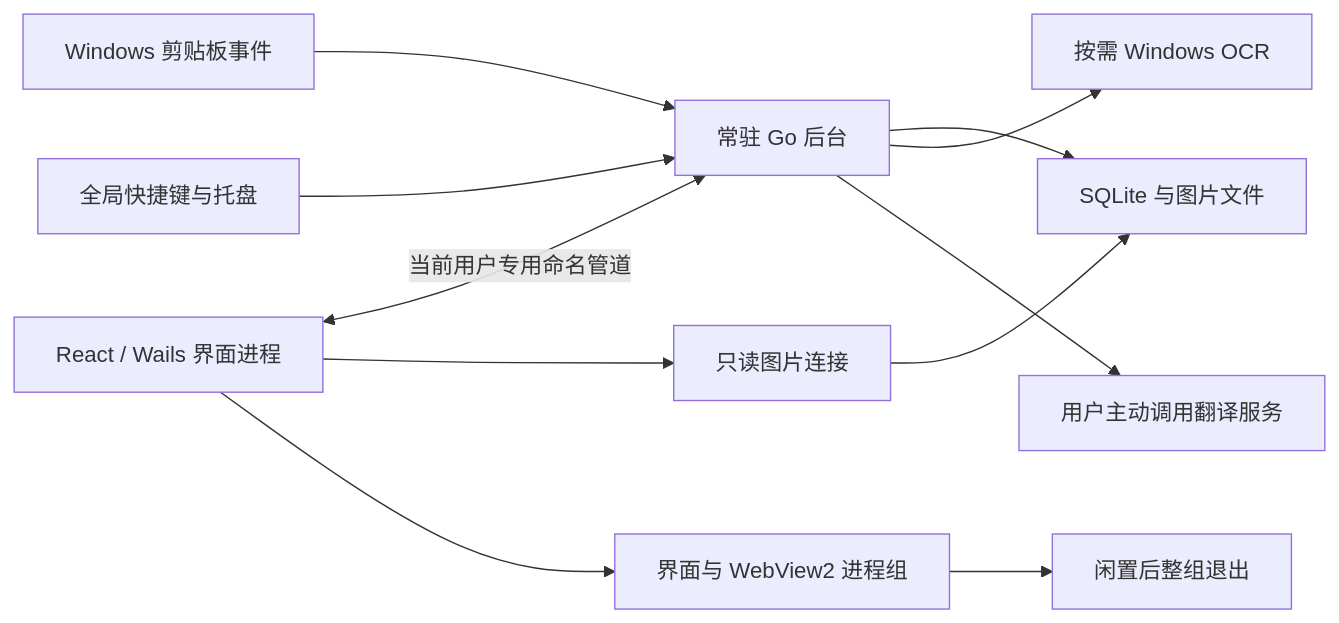
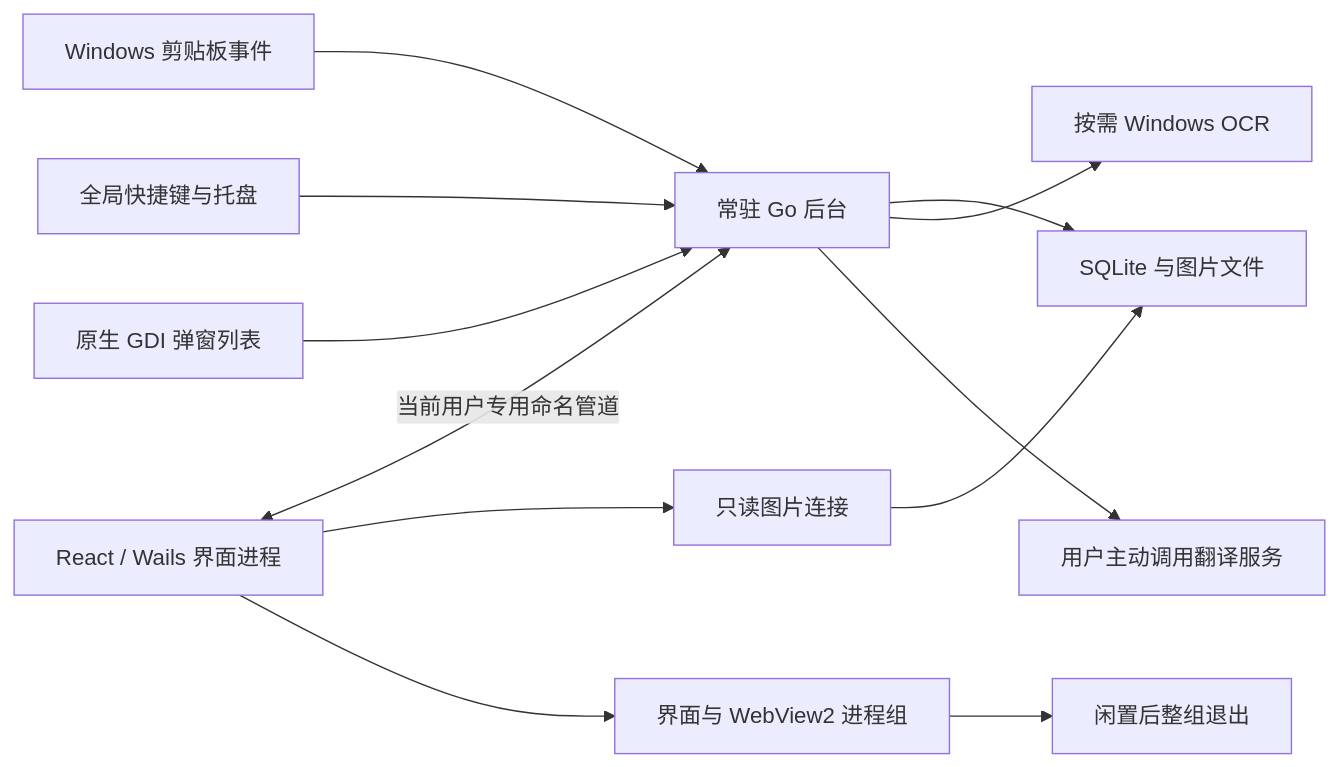
Before and after one commit to Know5/Clipbox: the diagram in ARCHITECTURE.md, drawn with Mermaid. The commit also changed other lines of this file and 11 other files, not shown here.

````diff
--- a/ARCHITECTURE.md
+++ b/ARCHITECTURE.md
@@ -5,13 +5,14 @@
 ```mermaid
 flowchart LR
     Clipboard[Windows 剪贴板事件] --> Core[常驻 Go 后台]
     Hotkey[全局快捷键与托盘] --> Core
     Core --> Store[SQLite 与图片文件]
+    Popup[原生 GDI 弹窗列表] --> Core
     UI[React / Wails 界面进程] <-->|当前用户专用命名管道| Core
     UI --> Reader[只读图片连接]
     Reader --> Store
     Core --> OCR[按需 Windows OCR]
     Core --> Translate[用户主动调用翻译服务]
     UI --> Job[界面与 WebView2 进程组]
     Job --> Idle[闲置后整组退出]
 ```
````
